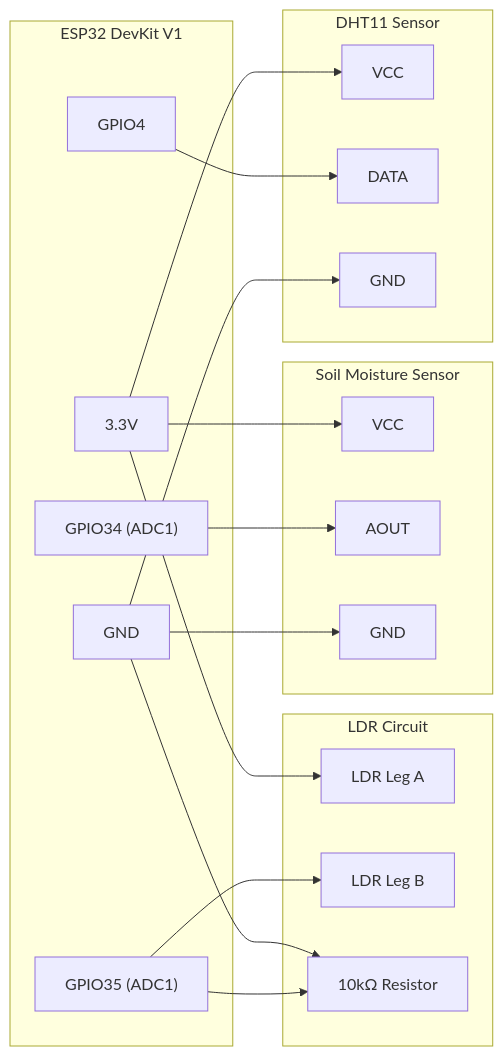
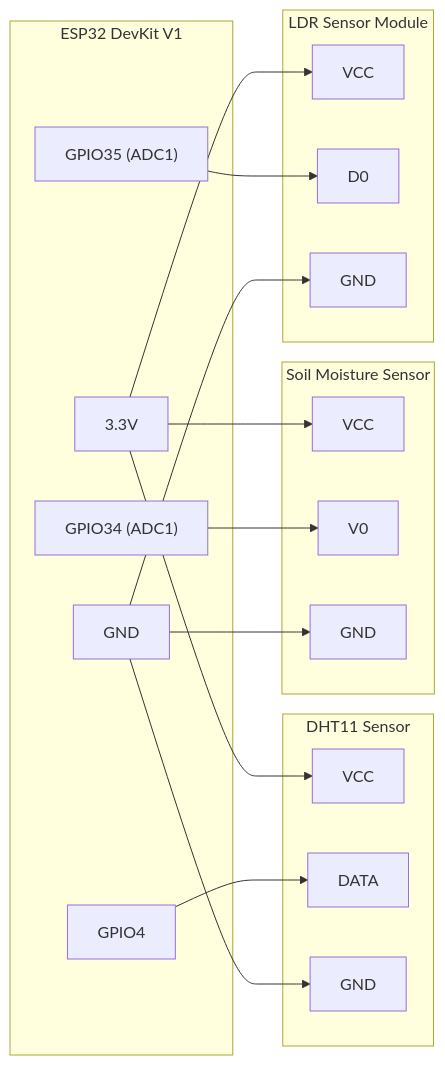
Before and after one commit to Moniya03/plant-health: the diagram in docs/esp32-setup.md, drawn with Mermaid. The commit also changed other lines of this file and 14 other files, not shown here.

````diff
--- a/docs/esp32-setup.md
+++ b/docs/esp32-setup.md
@@ -38,41 +38,40 @@
 ```mermaid
 graph LR
   subgraph ESP32["ESP32 DevKit V1"]
     GPIO4["GPIO4"]
     GPIO34["GPIO34 (ADC1)"]
     GPIO35["GPIO35 (ADC1)"]
     V33["3.3V"]
     GND["GND"]
   end
 
   subgraph DHT11["DHT11 Sensor"]
     D_VCC["VCC"]
     D_DATA["DATA"]
     D_GND["GND"]
   end
 
   subgraph SOIL["Soil Moisture Sensor"]
     S_VCC["VCC"]
-    S_AOUT["AOUT"]
+    S_V0["V0"]
     S_GND["GND"]
   end
 
-  subgraph LDR_CKT["LDR Circuit"]
-    LDR_A["LDR Leg A"]
-    LDR_B["LDR Leg B"]
-    RES["10kΩ Resistor"]
+  subgraph LDR_MODULE["LDR Sensor Module"]
+    L_VCC["VCC"]
+    L_D0["D0"]
+    L_GND["GND"]
   end
 
   V33 --> D_VCC
   V33 --> S_VCC
-  V33 --> LDR_A
+  V33 --> L_VCC
 
   GPIO4 --> D_DATA
-  GPIO34 --> S_AOUT
-  GPIO35 --> LDR_B
-  GPIO35 --> RES
+  GPIO34 --> S_V0
+  GPIO35 --> L_D0
 
   GND --> D_GND
   GND --> S_GND
-  GND --> RES
+  GND --> L_GND
 ```
````
